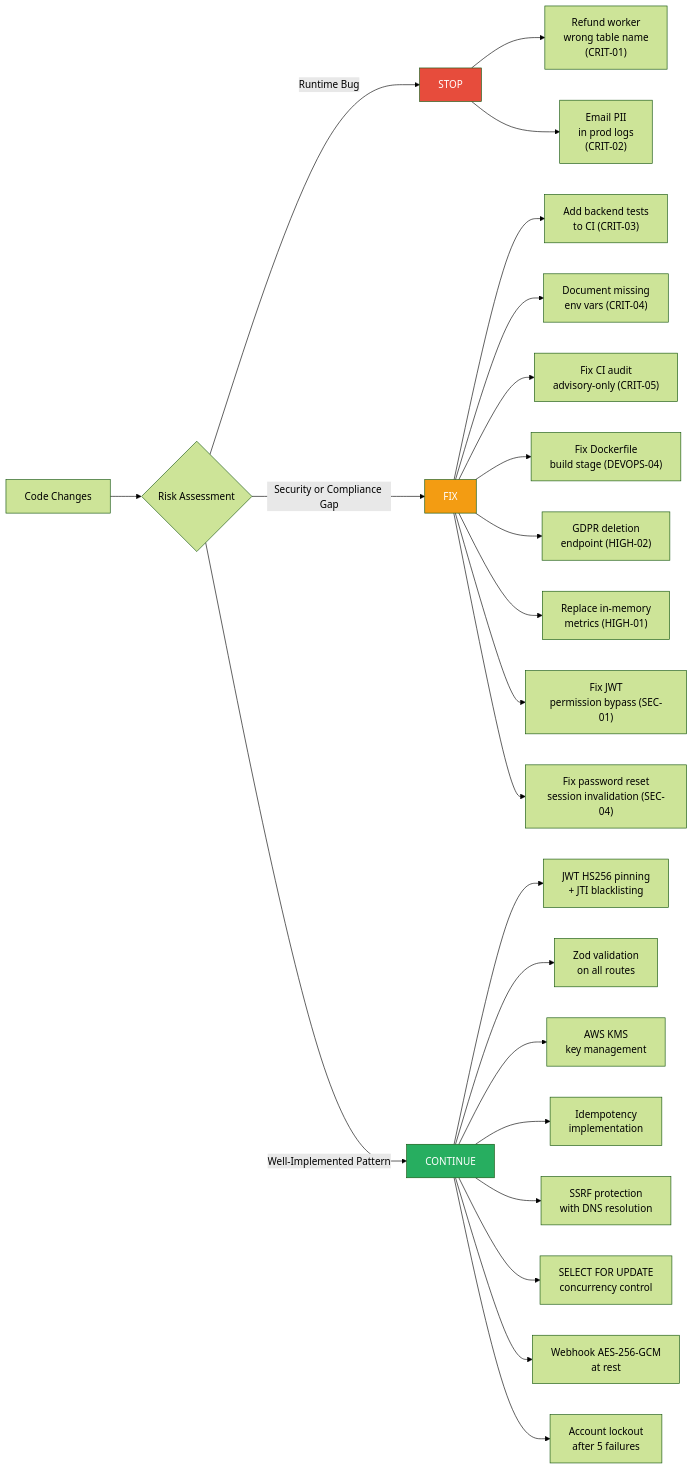
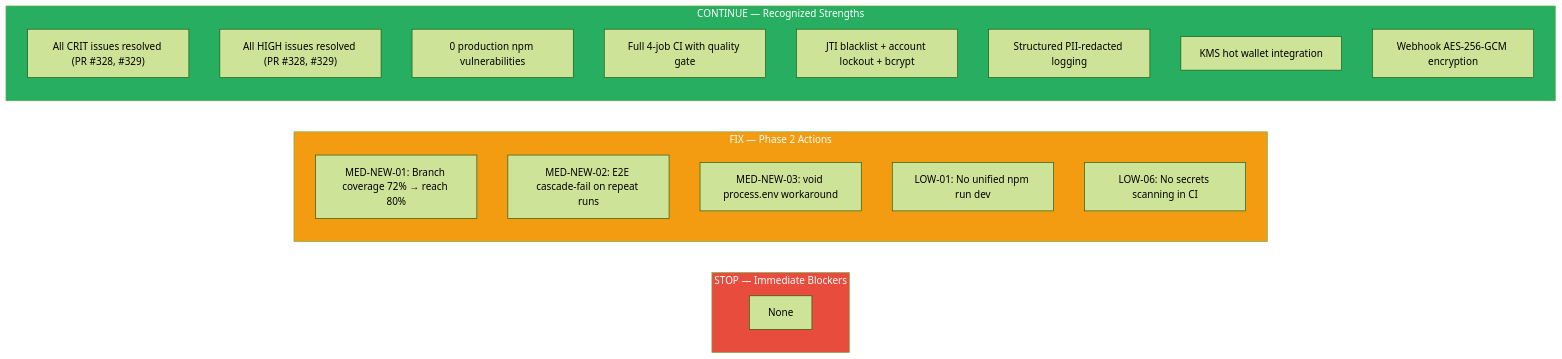
The third of 27 diagrams in products/stablecoin-gateway/docs/AUDIT-REPORT.md (Tamoura/Claude-Code-creates-the-SW-company), drawn with Mermaid (forest theme) before and after one commit. The commit also changed other lines of this file and 19 other files, not shown here.

First line of the commit message:
fix(stablecoin-gateway): audit score improvements — 6 dimensions to reach 8/10 threshold (#330)

````diff
--- a/products/stablecoin-gateway/docs/AUDIT-REPORT.md
+++ b/products/stablecoin-gateway/docs/AUDIT-REPORT.md
@@ -242,32 +156,27 @@
 ```mermaid
 flowchart LR
-    A[Code Changes] --> B{Risk Assessment}
-    B -->|Runtime Bug| C[STOP]
-    B -->|Security or Compliance Gap| D[FIX]
-    B -->|Well-Implemented Pattern| E[CONTINUE]
+    subgraph STOP["STOP — Immediate Blockers"]
+        S1["None"]
+    end
+    subgraph FIX["FIX — Phase 2 Actions"]
+        F1["MED-NEW-01: Branch coverage 72% → reach 80%"]
+        F2["MED-NEW-02: E2E cascade-fail on repeat runs"]
+        F3["MED-NEW-03: void process.env workaround"]
+        F4["LOW-01: No unified npm run dev"]
+        F5["LOW-06: No secrets scanning in CI"]
+    end
+    subgraph CONTINUE["CONTINUE — Recognized Strengths"]
+        C1["All CRIT issues resolved (PR #328, #329)"]
+        C2["All HIGH issues resolved (PR #328, #329)"]
+        C3["0 production npm vulnerabilities"]
+        C4["Full 4-job CI with quality gate"]
+        C5["JTI blacklist + account lockout + bcrypt"]
+        C6["Structured PII-redacted logging"]
+        C7["KMS hot wallet integration"]
+        C8["Webhook AES-256-GCM encryption"]
+    end
 
-    C --> C1["Refund worker\nwrong table name\n(CRIT-01)"]
-    C --> C2["Email PII\nin prod logs\n(CRIT-02)"]
-
-    D --> D1["Add backend tests\nto CI (CRIT-03)"]
-    D --> D2["Document missing\nenv vars (CRIT-04)"]
-    D --> D3["Fix CI audit\nadvisory-only (CRIT-05)"]
-    D --> D4["Fix Dockerfile\nbuild stage (DEVOPS-04)"]
-    D --> D5["GDPR deletion\nendpoint (HIGH-02)"]
-    D --> D6["Replace in-memory\nmetrics (HIGH-01)"]
-    D --> D7["Fix JWT\npermission bypass (SEC-01)"]
-    D --> D8["Fix password reset\nsession invalidation (SEC-04)"]
-
-    E --> E1["JWT HS256 pinning\n+ JTI blacklisting"]
-    E --> E2["Zod validation\non all routes"]
-    E --> E3["AWS KMS\nkey management"]
-    E --> E4["Idempotency\nimplementation"]
-    E --> E5["SSRF protection\nwith DNS resolution"]
-    E --> E6["SELECT FOR UPDATE\nconcurrency control"]
-    E --> E7["Webhook AES-256-GCM\nat rest"]
-    E --> E8["Account lockout\nafter 5 failures"]
-
-    style C fill:#e74c3c,color:#fff
-    style D fill:#f39c12,color:#fff
-    style E fill:#27ae60,color:#fff
+    style STOP fill:#e74c3c,color:#fff
+    style FIX fill:#f39c12,color:#fff
+    style CONTINUE fill:#27ae60,color:#fff
 ```
````
